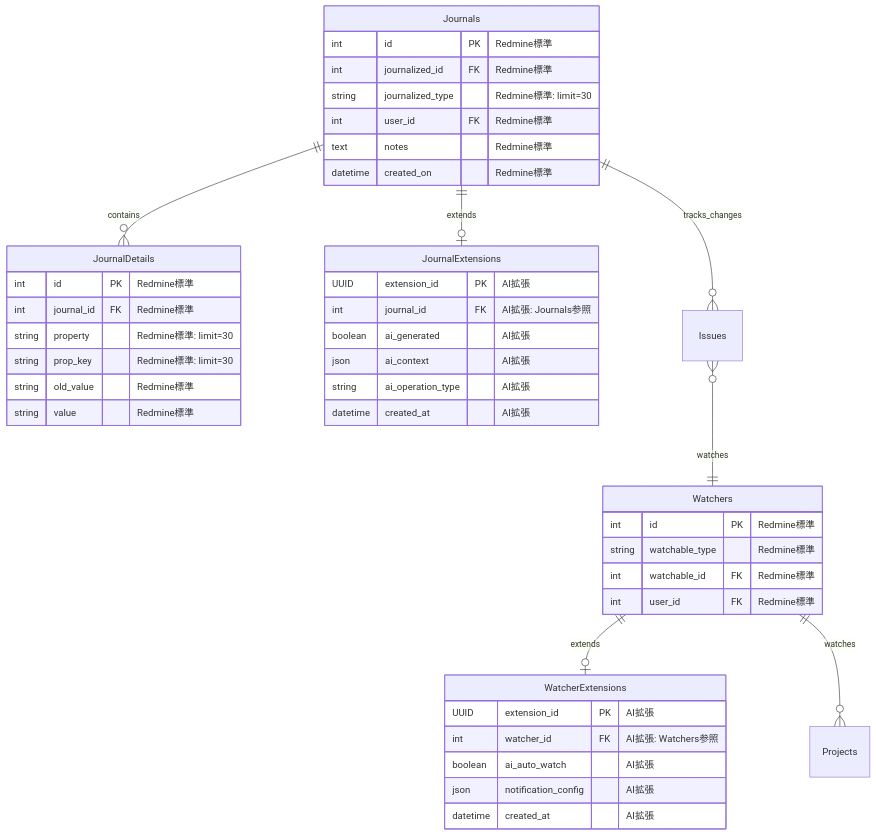
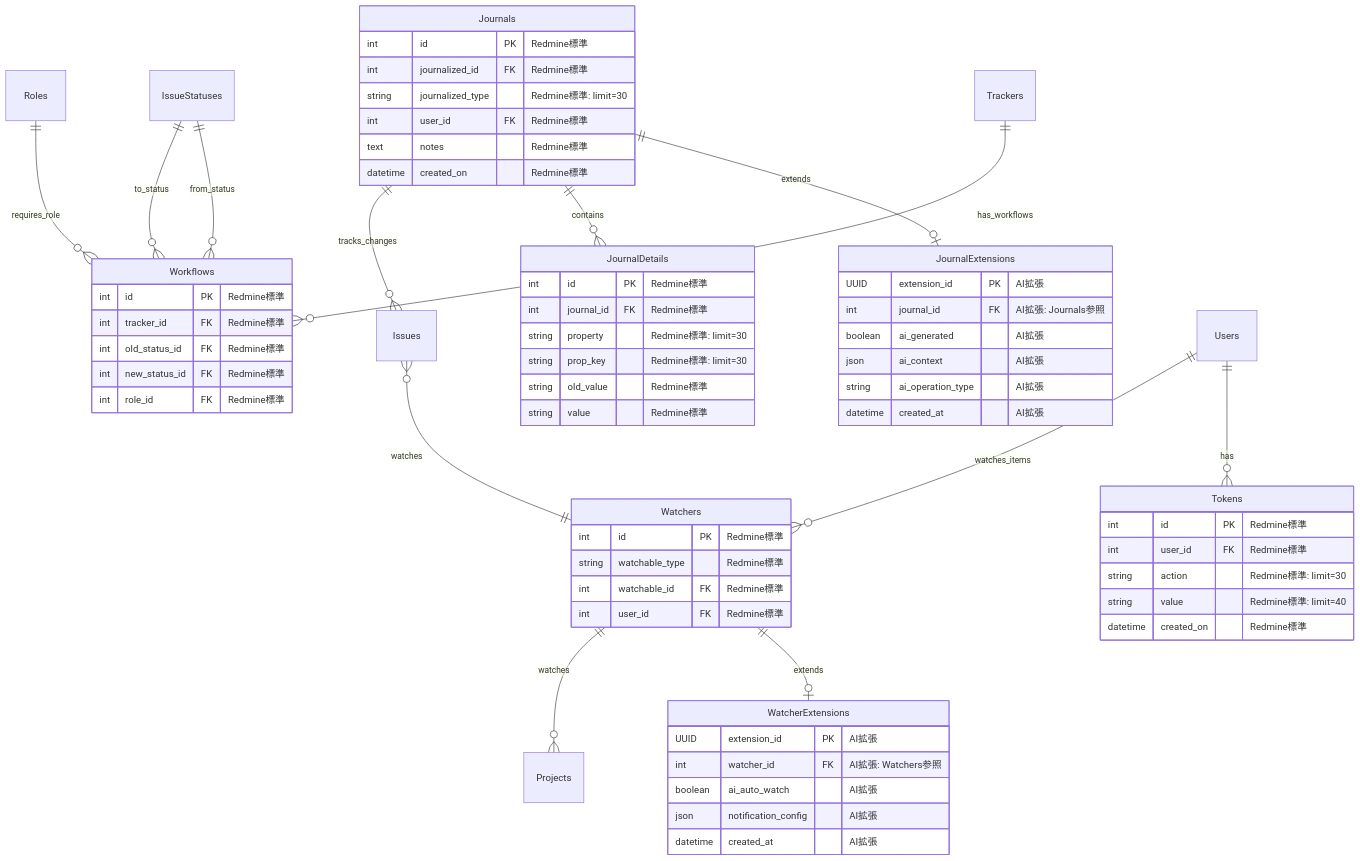
One commit to daichiTAAA/AgentOpsPlatform changed the sixth of 16 diagrams in docs/030000_設計/035000_データ設計/035010_ER図.md. Above: the diagram before and after it, drawn with Mermaid. The commit also changed other lines of this file, not shown here.

````diff
--- a/docs/030000_設計/035000_データ設計/035010_ER図.md
+++ b/docs/030000_設計/035000_データ設計/035010_ER図.md
@@ -441,54 +570,76 @@
 ```mermaid
 erDiagram
     %% Redmine標準テーブル（変更なし）
     Journals {
         int id PK "Redmine標準"
         int journalized_id FK "Redmine標準"
         string journalized_type "Redmine標準: limit=30"
         int user_id FK "Redmine標準"
         text notes "Redmine標準"
         datetime created_on "Redmine標準"
     }
     
     JournalDetails {
         int id PK "Redmine標準"
         int journal_id FK "Redmine標準"
         string property "Redmine標準: limit=30"
         string prop_key "Redmine標準: limit=30"
         string old_value "Redmine標準"
         string value "Redmine標準"
     }
     
     Watchers {
         int id PK "Redmine標準"
         string watchable_type "Redmine標準"
         int watchable_id FK "Redmine標準"
         int user_id FK "Redmine標準"
     }
     
+    Tokens {
+        int id PK "Redmine標準"
+        int user_id FK "Redmine標準"
+        string action "Redmine標準: limit=30"
+        string value "Redmine標準: limit=40"
+        datetime created_on "Redmine標準"
+    }
+    
+    Workflows {
+        int id PK "Redmine標準"
+        int tracker_id FK "Redmine標準"
+        int old_status_id FK "Redmine標準"
+        int new_status_id FK "Redmine標準"
+        int role_id FK "Redmine標準"
+    }
+    
     %% AI拡張テーブル（新規追加）
     JournalExtensions {
         UUID extension_id PK "AI拡張"
         int journal_id FK "AI拡張: Journals参照"
         boolean ai_generated "AI拡張"
         json ai_context "AI拡張"
         string ai_operation_type "AI拡張"
         datetime created_at "AI拡張"
     }
     
     WatcherExtensions {
         UUID extension_id PK "AI拡張"
         int watcher_id FK "AI拡張: Watchers参照"
         boolean ai_auto_watch "AI拡張"
         json notification_config "AI拡張"
         datetime created_at "AI拡張"
     }
     
     %% 関係性
     Journals ||--o| JournalExtensions : extends
     Watchers ||--o| WatcherExtensions : extends
     Journals ||--o{ JournalDetails : contains
     Journals ||--o{ Issues : tracks_changes
     Issues }o--|| Watchers : watches
     Watchers ||--o{ Projects : watches
+    Users ||--o{ Tokens : has
+    Users ||--o{ Watchers : watches_items
+    Trackers ||--o{ Workflows : has_workflows
+    IssueStatuses ||--o{ Workflows : from_status
+    IssueStatuses ||--o{ Workflows : to_status
+    Roles ||--o{ Workflows : requires_role
 ```
````
